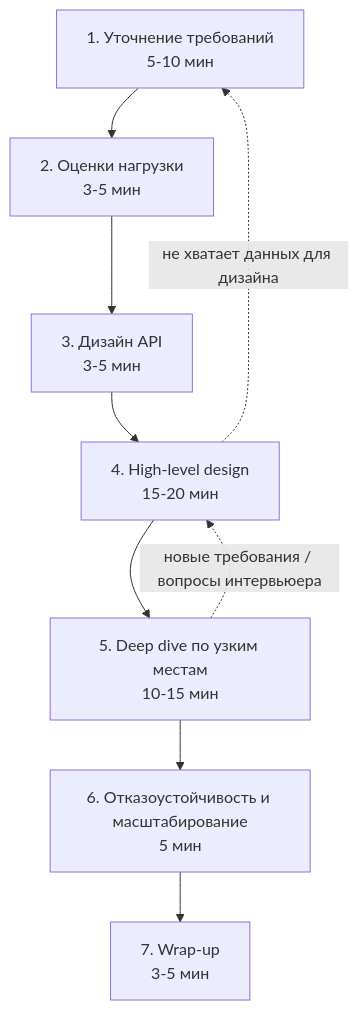
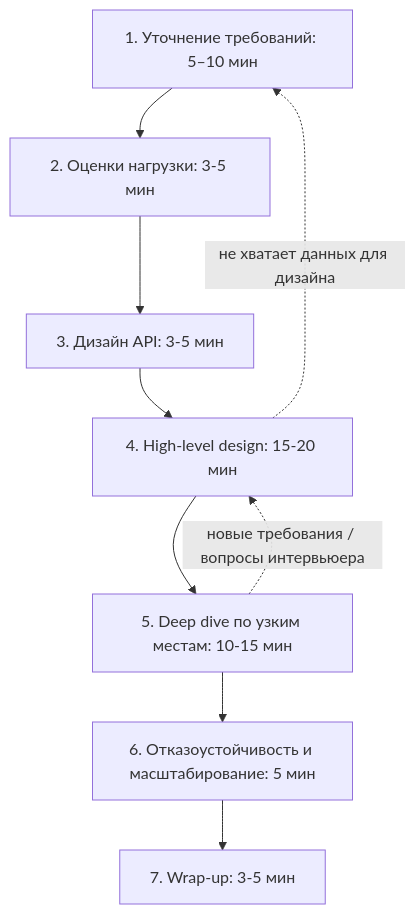
One commit to AlohaJava/system-design-interview-chamkin changed the first of 2 diagrams in 00-how-to-pass/interview-framework.md. Above: the diagram before and after it, drawn with Mermaid. The commit also changed other lines of this file and 49 other files, not shown here.

````diff
--- a/00-how-to-pass/interview-framework.md
+++ b/00-how-to-pass/interview-framework.md
@@ -38,14 +65,14 @@
 ```mermaid
 flowchart TD
-    S1["1. Уточнение требований<br/>5-10 мин"]
-    S2["2. Оценки нагрузки<br/>3-5 мин"]
-    S3["3. Дизайн API<br/>3-5 мин"]
-    S4["4. High-level design<br/>15-20 мин"]
-    S5["5. Deep dive по узким местам<br/>10-15 мин"]
-    S6["6. Отказоустойчивость и масштабирование<br/>5 мин"]
-    S7["7. Wrap-up<br/>3-5 мин"]
+    S1["1. Уточнение требований: 5–10 мин"]
+    S2["2. Оценки нагрузки: 3-5 мин"]
+    S3["3. Дизайн API: 3-5 мин"]
+    S4["4. High-level design: 15-20 мин"]
+    S5["5. Deep dive по узким местам: 10-15 мин"]
+    S6["6. Отказоустойчивость и масштабирование: 5 мин"]
+    S7["7. Wrap-up: 3-5 мин"]
 
     S1 --> S2 --> S3 --> S4 --> S5 --> S6 --> S7
     S5 -.->|"новые требования / вопросы интервьюера"| S4
     S4 -.->|"не хватает данных для дизайна"| S1
 ```
````
